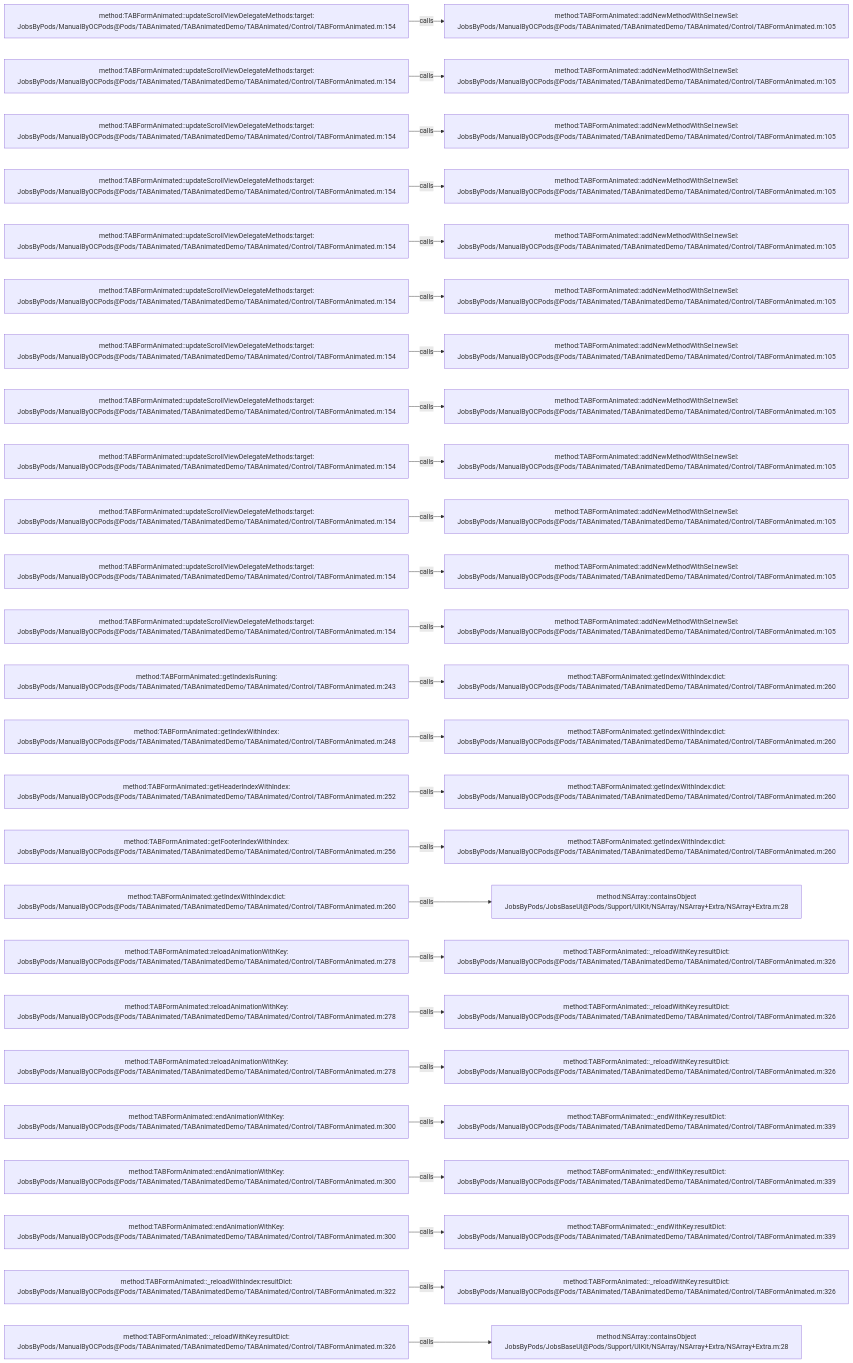
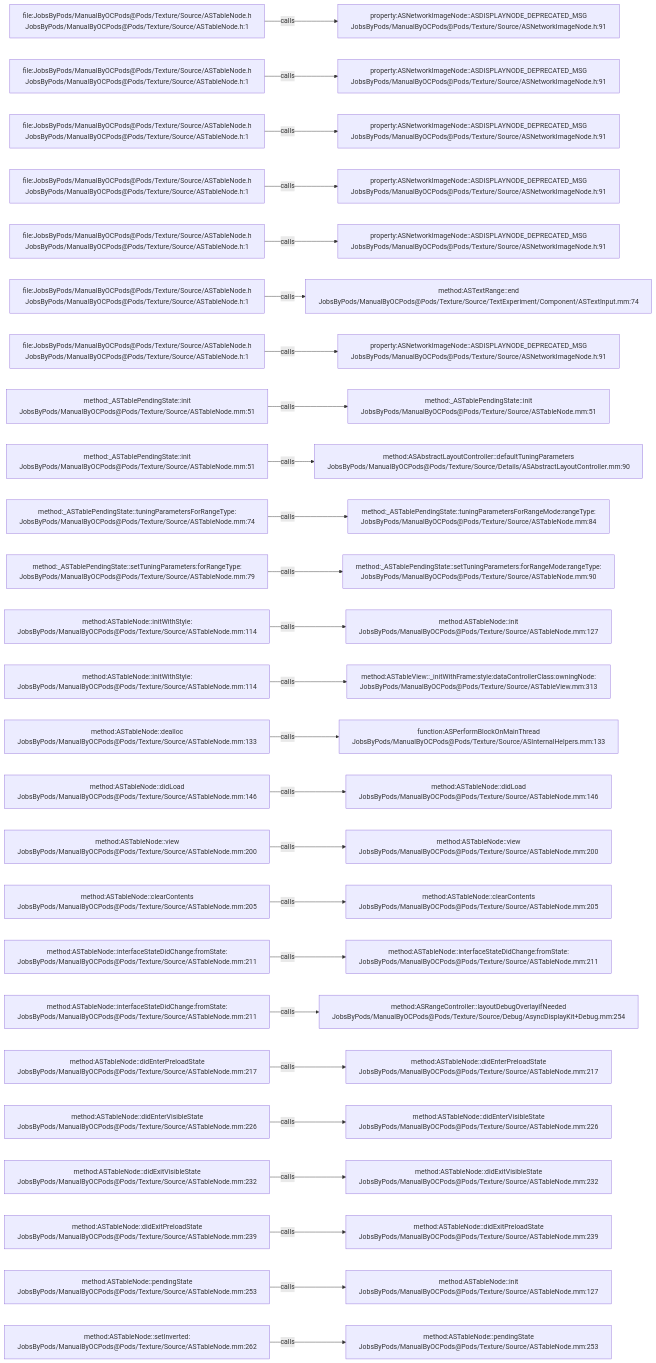
Before and after one commit to JobsKits/JobsOCBaseConfigDemo: the diagram in .codegraph/codegraph.md/graphs/calls-130.md, drawn with Mermaid. The commit also changed 2162 other files, not shown here.

````diff
--- a/.codegraph/codegraph.md/graphs/calls-130.md
+++ b/.codegraph/codegraph.md/graphs/calls-130.md
@@ -13,78 +13,78 @@
 ```mermaid
 flowchart LR
-  S1["method:TABFormAnimated::updateScrollViewDelegateMethods:target:<br/>JobsByPods/ManualByOCPods@Pods/TABAnimated/TABAnimatedDemo/TABAnimated/Control/TABFormAnimated.m:154"]
-  T1["method:TABFormAnimated::addNewMethodWithSel:newSel:<br/>JobsByPods/ManualByOCPods@Pods/TABAnimated/TABAnimatedDemo/TABAnimated/Control/TABFormAnimated.m:105"]
+  S1["file:JobsByPods/ManualByOCPods@Pods/Texture/Source/ASTableNode.h<br/>JobsByPods/ManualByOCPods@Pods/Texture/Source/ASTableNode.h:1"]
+  T1["property:ASNetworkImageNode::ASDISPLAYNODE_DEPRECATED_MSG<br/>JobsByPods/ManualByOCPods@Pods/Texture/Source/ASNetworkImageNode.h:91"]
   S1 -->|calls| T1
-  S2["method:TABFormAnimated::updateScrollViewDelegateMethods:target:<br/>JobsByPods/ManualByOCPods@Pods/TABAnimated/TABAnimatedDemo/TABAnimated/Control/TABFormAnimated.m:154"]
-  T2["method:TABFormAnimated::addNewMethodWithSel:newSel:<br/>JobsByPods/ManualByOCPods@Pods/TABAnimated/TABAnimatedDemo/TABAnimated/Control/TABFormAnimated.m:105"]
+  S2["file:JobsByPods/ManualByOCPods@Pods/Texture/Source/ASTableNode.h<br/>JobsByPods/ManualByOCPods@Pods/Texture/Source/ASTableNode.h:1"]
+  T2["property:ASNetworkImageNode::ASDISPLAYNODE_DEPRECATED_MSG<br/>JobsByPods/ManualByOCPods@Pods/Texture/Source/ASNetworkImageNode.h:91"]
   S2 -->|calls| T2
-  S3["method:TABFormAnimated::updateScrollViewDelegateMethods:target:<br/>JobsByPods/ManualByOCPods@Pods/TABAnimated/TABAnimatedDemo/TABAnimated/Control/TABFormAnimated.m:154"]
-  T3["method:TABFormAnimated::addNewMethodWithSel:newSel:<br/>JobsByPods/ManualByOCPods@Pods/TABAnimated/TABAnimatedDemo/TABAnimated/Control/TABFormAnimated.m:105"]
+  S3["file:JobsByPods/ManualByOCPods@Pods/Texture/Source/ASTableNode.h<br/>JobsByPods/ManualByOCPods@Pods/Texture/Source/ASTableNode.h:1"]
+  T3["property:ASNetworkImageNode::ASDISPLAYNODE_DEPRECATED_MSG<br/>JobsByPods/ManualByOCPods@Pods/Texture/Source/ASNetworkImageNode.h:91"]
   S3 -->|calls| T3
-  S4["method:TABFormAnimated::updateScrollViewDelegateMethods:target:<br/>JobsByPods/ManualByOCPods@Pods/TABAnimated/TABAnimatedDemo/TABAnimated/Control/TABFormAnimated.m:154"]
-  T4["method:TABFormAnimated::addNewMethodWithSel:newSel:<br/>JobsByPods/ManualByOCPods@Pods/TABAnimated/TABAnimatedDemo/TABAnimated/Control/TABFormAnimated.m:105"]
+  S4["file:JobsByPods/ManualByOCPods@Pods/Texture/Source/ASTableNode.h<br/>JobsByPods/ManualByOCPods@Pods/Texture/Source/ASTableNode.h:1"]
+  T4["property:ASNetworkImageNode::ASDISPLAYNODE_DEPRECATED_MSG<br/>JobsByPods/ManualByOCPods@Pods/Texture/Source/ASNetworkImageNode.h:91"]
   S4 -->|calls| T4
-  S5["method:TABFormAnimated::updateScrollViewDelegateMethods:target:<br/>JobsByPods/ManualByOCPods@Pods/TABAnimated/TABAnimatedDemo/TABAnimated/Control/TABFormAnimated.m:154"]
-  T5["method:TABFormAnimated::addNewMethodWithSel:newSel:<br/>JobsByPods/ManualByOCPods@Pods/TABAnimated/TABAnimatedDemo/TABAnimated/Control/TABFormAnimated.m:105"]
+  S5["file:JobsByPods/ManualByOCPods@Pods/Texture/Source/ASTableNode.h<br/>JobsByPods/ManualByOCPods@Pods/Texture/Source/ASTableNode.h:1"]
+  T5["property:ASNetworkImageNode::ASDISPLAYNODE_DEPRECATED_MSG<br/>JobsByPods/ManualByOCPods@Pods/Texture/Source/ASNetworkImageNode.h:91"]
   S5 -->|calls| T5
-  S6["method:TABFormAnimated::updateScrollViewDelegateMethods:target:<br/>JobsByPods/ManualByOCPods@Pods/TABAnimated/TABAnimatedDemo/TABAnimated/Control/TABFormAnimated.m:154"]
-  T6["method:TABFormAnimated::addNewMethodWithSel:newSel:<br/>JobsByPods/ManualByOCPods@Pods/TABAnimated/TABAnimatedDemo/TABAnimated/Control/TABFormAnimated.m:105"]
+  S6["file:JobsByPods/ManualByOCPods@Pods/Texture/Source/ASTableNode.h<br/>JobsByPods/ManualByOCPods@Pods/Texture/Source/ASTableNode.h:1"]
+  T6["method:ASTextRange::end<br/>JobsByPods/ManualByOCPods@Pods/Texture/Source/TextExperiment/Component/ASTextInput.mm:74"]
   S6 -->|calls| T6
-  S7["method:TABFormAnimated::updateScrollViewDelegateMethods:target:<br/>JobsByPods/ManualByOCPods@Pods/TABAnimated/TABAnimatedDemo/TABAnimated/Control/TABFormAnimated.m:154"]
-  T7["method:TABFormAnimated::addNewMethodWithSel:newSel:<br/>JobsByPods/ManualByOCPods@Pods/TABAnimated/TABAnimatedDemo/TABAnimated/Control/TABFormAnimated.m:105"]
+  S7["file:JobsByPods/ManualByOCPods@Pods/Texture/Source/ASTableNode.h<br/>JobsByPods/ManualByOCPods@Pods/Texture/Source/ASTableNode.h:1"]
+  T7["property:ASNetworkImageNode::ASDISPLAYNODE_DEPRECATED_MSG<br/>JobsByPods/ManualByOCPods@Pods/Texture/Source/ASNetworkImageNode.h:91"]
   S7 -->|calls| T7
-  S8["method:TABFormAnimated::updateScrollViewDelegateMethods:target:<br/>JobsByPods/ManualByOCPods@Pods/TABAnimated/TABAnimatedDemo/TABAnimated/Control/TABFormAnimated.m:154"]
-  T8["method:TABFormAnimated::addNewMethodWithSel:newSel:<br/>JobsByPods/ManualByOCPods@Pods/TABAnimated/TABAnimatedDemo/TABAnimated/Control/TABFormAnimated.m:105"]
+  S8["method:_ASTablePendingState::init<br/>JobsByPods/ManualByOCPods@Pods/Texture/Source/ASTableNode.mm:51"]
+  T8["method:_ASTablePendingState::init<br/>JobsByPods/ManualByOCPods@Pods/Texture/Source/ASTableNode.mm:51"]
   S8 -->|calls| T8
-  S9["method:TABFormAnimated::updateScrollViewDelegateMethods:target:<br/>JobsByPods/ManualByOCPods@Pods/TABAnimated/TABAnimatedDemo/TABAnimated/Control/TABFormAnimated.m:154"]
-  T9["method:TABFormAnimated::addNewMethodWithSel:newSel:<br/>JobsByPods/ManualByOCPods@Pods/TABAnimated/TABAnimatedDemo/TABAnimated/Control/TABFormAnimated.m:105"]
+  S9["method:_ASTablePendingState::init<br/>JobsByPods/ManualByOCPods@Pods/Texture/Source/ASTableNode.mm:51"]
+  T9["method:ASAbstractLayoutController::defaultTuningParameters<br/>JobsByPods/ManualByOCPods@Pods/Texture/Source/Details/ASAbstractLayoutController.mm:90"]
   S9 -->|calls| T9
-  S10["method:TABFormAnimated::updateScrollViewDelegateMethods:target:<br/>JobsByPods/ManualByOCPods@Pods/TABAnimated/TABAnimatedDemo/TABAnimated/Control/TABFormAnimated.m:154"]
-  T10["method:TABFormAnimated::addNewMethodWithSel:newSel:<br/>JobsByPods/ManualByOCPods@Pods/TABAnimated/TABAnimatedDemo/TABAnimated/Control/TABFormAnimated.m:105"]
+  S10["method:_ASTablePendingState::tuningParametersForRangeType:<br/>JobsByPods/ManualByOCPods@Pods/Texture/Source/ASTableNode.mm:74"]
+  T10["method:_ASTablePendingState::tuningParametersForRangeMode:rangeType:<br/>JobsByPods/ManualByOCPods@Pods/Texture/Source/ASTableNode.mm:84"]
   S10 -->|calls| T10
-  S11["method:TABFormAnimated::updateScrollViewDelegateMethods:target:<br/>JobsByPods/ManualByOCPods@Pods/TABAnimated/TABAnimatedDemo/TABAnimated/Control/TABFormAnimated.m:154"]
-  T11["method:TABFormAnimated::addNewMethodWithSel:newSel:<br/>JobsByPods/ManualByOCPods@Pods/TABAnimated/TABAnimatedDemo/TABAnimated/Control/TABFormAnimated.m:105"]
+  S11["method:_ASTablePendingState::setTuningParameters:forRangeType:<br/>JobsByPods/ManualByOCPods@Pods/Texture/Source/ASTableNode.mm:79"]
+  T11["method:_ASTablePendingState::setTuningParameters:forRangeMode:rangeType:<br/>JobsByPods/ManualByOCPods@Pods/Texture/Source/ASTableNode.mm:90"]
   S11 -->|calls| T11
-  S12["method:TABFormAnimated::updateScrollViewDelegateMethods:target:<br/>JobsByPods/ManualByOCPods@Pods/TABAnimated/TABAnimatedDemo/TABAnimated/Control/TABFormAnimated.m:154"]
-  T12["method:TABFormAnimated::addNewMethodWithSel:newSel:<br/>JobsByPods/ManualByOCPods@Pods/TABAnimated/TABAnimatedDemo/TABAnimated/Control/TABFormAnimated.m:105"]
+  S12["method:ASTableNode::initWithStyle:<br/>JobsByPods/ManualByOCPods@Pods/Texture/Source/ASTableNode.mm:114"]
+  T12["method:ASTableNode::init<br/>JobsByPods/ManualByOCPods@Pods/Texture/Source/ASTableNode.mm:127"]
   S12 -->|calls| T12
-  S13["method:TABFormAnimated::getIndexIsRuning:<br/>JobsByPods/ManualByOCPods@Pods/TABAnimated/TABAnimatedDemo/TABAnimated/Control/TABFormAnimated.m:243"]
-  T13["method:TABFormAnimated::getIndexWithIndex:dict:<br/>JobsByPods/ManualByOCPods@Pods/TABAnimated/TABAnimatedDemo/TABAnimated/Control/TABFormAnimated.m:260"]
+  S13["method:ASTableNode::initWithStyle:<br/>JobsByPods/ManualByOCPods@Pods/Texture/Source/ASTableNode.mm:114"]
+  T13["method:ASTableView::_initWithFrame:style:dataControllerClass:owningNode:<br/>JobsByPods/ManualByOCPods@Pods/Texture/Source/ASTableView.mm:313"]
   S13 -->|calls| T13
-  S14["method:TABFormAnimated::getIndexWithIndex:<br/>JobsByPods/ManualByOCPods@Pods/TABAnimated/TABAnimatedDemo/TABAnimated/Control/TABFormAnimated.m:248"]
-  T14["method:TABFormAnimated::getIndexWithIndex:dict:<br/>JobsByPods/ManualByOCPods@Pods/TABAnimated/TABAnimatedDemo/TABAnimated/Control/TABFormAnimated.m:260"]
+  S14["method:ASTableNode::dealloc<br/>JobsByPods/ManualByOCPods@Pods/Texture/Source/ASTableNode.mm:133"]
+  T14["function:ASPerformBlockOnMainThread<br/>JobsByPods/ManualByOCPods@Pods/Texture/Source/ASInternalHelpers.mm:133"]
   S14 -->|calls| T14
-  S15["method:TABFormAnimated::getHeaderIndexWithIndex:<br/>JobsByPods/ManualByOCPods@Pods/TABAnimated/TABAnimatedDemo/TABAnimated/Control/TABFormAnimated.m:252"]
-  T15["method:TABFormAnimated::getIndexWithIndex:dict:<br/>JobsByPods/ManualByOCPods@Pods/TABAnimated/TABAnimatedDemo/TABAnimated/Control/TABFormAnimated.m:260"]
+  S15["method:ASTableNode::didLoad<br/>JobsByPods/ManualByOCPods@Pods/Texture/Source/ASTableNode.mm:146"]
+  T15["method:ASTableNode::didLoad<br/>JobsByPods/ManualByOCPods@Pods/Texture/Source/ASTableNode.mm:146"]
   S15 -->|calls| T15
-  S16["method:TABFormAnimated::getFooterIndexWithIndex:<br/>JobsByPods/ManualByOCPods@Pods/TABAnimated/TABAnimatedDemo/TABAnimated/Control/TABFormAnimated.m:256"]
-  T16["method:TABFormAnimated::getIndexWithIndex:dict:<br/>JobsByPods/ManualByOCPods@Pods/TABAnimated/TABAnimatedDemo/TABAnimated/Control/TABFormAnimated.m:260"]
+  S16["method:ASTableNode::view<br/>JobsByPods/ManualByOCPods@Pods/Texture/Source/ASTableNode.mm:200"]
+  T16["method:ASTableNode::view<br/>JobsByPods/ManualByOCPods@Pods/Texture/Source/ASTableNode.mm:200"]
   S16 -->|calls| T16
-  S17["method:TABFormAnimated::getIndexWithIndex:dict:<br/>JobsByPods/ManualByOCPods@Pods/TABAnimated/TABAnimatedDemo/TABAnimated/Control/TABFormAnimated.m:260"]
-  T17["method:NSArray::containsObject<br/>JobsByPods/JobsBaseUI@Pods/Support/UIKit/NSArray/NSArray+Extra/NSArray+Extra.m:28"]
+  S17["method:ASTableNode::clearContents<br/>JobsByPods/ManualByOCPods@Pods/Texture/Source/ASTableNode.mm:205"]
+  T17["method:ASTableNode::clearContents<br/>JobsByPods/ManualByOCPods@Pods/Texture/Source/ASTableNode.mm:205"]
   S17 -->|calls| T17
-  S18["method:TABFormAnimated::reloadAnimationWithKey:<br/>JobsByPods/ManualByOCPods@Pods/TABAnimated/TABAnimatedDemo/TABAnimated/Control/TABFormAnimated.m:278"]
-  T18["method:TABFormAnimated::_reloadWithKey:resultDict:<br/>JobsByPods/ManualByOCPods@Pods/TABAnimated/TABAnimatedDemo/TABAnimated/Control/TABFormAnimated.m:326"]
+  S18["method:ASTableNode::interfaceStateDidChange:fromState:<br/>JobsByPods/ManualByOCPods@Pods/Texture/Source/ASTableNode.mm:211"]
+  T18["method:ASTableNode::interfaceStateDidChange:fromState:<br/>JobsByPods/ManualByOCPods@Pods/Texture/Source/ASTableNode.mm:211"]
   S18 -->|calls| T18
-  S19["method:TABFormAnimated::reloadAnimationWithKey:<br/>JobsByPods/ManualByOCPods@Pods/TABAnimated/TABAnimatedDemo/TABAnimated/Control/TABFormAnimated.m:278"]
-  T19["method:TABFormAnimated::_reloadWithKey:resultDict:<br/>JobsByPods/ManualByOCPods@Pods/TABAnimated/TABAnimatedDemo/TABAnimated/Control/TABFormAnimated.m:326"]
+  S19["method:ASTableNode::interfaceStateDidChange:fromState:<br/>JobsByPods/ManualByOCPods@Pods/Texture/Source/ASTableNode.mm:211"]
+  T19["method:ASRangeController::layoutDebugOverlayIfNeeded<br/>JobsByPods/ManualByOCPods@Pods/Texture/Source/Debug/AsyncDisplayKit+Debug.mm:254"]
   S19 -->|calls| T19
-  S20["method:TABFormAnimated::reloadAnimationWithKey:<br/>JobsByPods/ManualByOCPods@Pods/TABAnimated/TABAnimatedDemo/TABAnimated/Control/TABFormAnimated.m:278"]
-  T20["method:TABFormAnimated::_reloadWithKey:resultDict:<br/>JobsByPods/ManualByOCPods@Pods/TABAnimated/TABAnimatedDemo/TABAnimated/Control/TABFormAnimated.m:326"]
+  S20["method:ASTableNode::didEnterPreloadState<br/>JobsByPods/ManualByOCPods@Pods/Texture/Source/ASTableNode.mm:217"]
+  T20["method:ASTableNode::didEnterPreloadState<br/>JobsByPods/ManualByOCPods@Pods/Texture/Source/ASTableNode.mm:217"]
   S20 -->|calls| T20
-  S21["method:TABFormAnimated::endAnimationWithKey:<br/>JobsByPods/ManualByOCPods@Pods/TABAnimated/TABAnimatedDemo/TABAnimated/Control/TABFormAnimated.m:300"]
-  T21["method:TABFormAnimated::_endWithKey:resultDict:<br/>JobsByPods/ManualByOCPods@Pods/TABAnimated/TABAnimatedDemo/TABAnimated/Control/TABFormAnimated.m:339"]
+  S21["method:ASTableNode::didEnterVisibleState<br/>JobsByPods/ManualByOCPods@Pods/Texture/Source/ASTableNode.mm:226"]
+  T21["method:ASTableNode::didEnterVisibleState<br/>JobsByPods/ManualByOCPods@Pods/Texture/Source/ASTableNode.mm:226"]
   S21 -->|calls| T21
-  S22["method:TABFormAnimated::endAnimationWithKey:<br/>JobsByPods/ManualByOCPods@Pods/TABAnimated/TABAnimatedDemo/TABAnimated/Control/TABFormAnimated.m:300"]
-  T22["method:TABFormAnimated::_endWithKey:resultDict:<br/>JobsByPods/ManualByOCPods@Pods/TABAnimated/TABAnimatedDemo/TABAnimated/Control/TABFormAnimated.m:339"]
+  S22["method:ASTableNode::didExitVisibleState<br/>JobsByPods/ManualByOCPods@Pods/Texture/Source/ASTableNode.mm:232"]
+  T22["method:ASTableNode::didExitVisibleState<br/>JobsByPods/ManualByOCPods@Pods/Texture/Source/ASTableNode.mm:232"]
   S22 -->|calls| T22
-  S23["method:TABFormAnimated::endAnimationWithKey:<br/>JobsByPods/ManualByOCPods@Pods/TABAnimated/TABAnimatedDemo/TABAnimated/Control/TABFormAnimated.m:300"]
-  T23["method:TABFormAnimated::_endWithKey:resultDict:<br/>JobsByPods/ManualByOCPods@Pods/TABAnimated/TABAnimatedDemo/TABAnimated/Control/TABFormAnimated.m:339"]
+  S23["method:ASTableNode::didExitPreloadState<br/>JobsByPods/ManualByOCPods@Pods/Texture/Source/ASTableNode.mm:239"]
+  T23["method:ASTableNode::didExitPreloadState<br/>JobsByPods/ManualByOCPods@Pods/Texture/Source/ASTableNode.mm:239"]
   S23 -->|calls| T23
-  S24["method:TABFormAnimated::_reloadWithIndex:resultDict:<br/>JobsByPods/ManualByOCPods@Pods/TABAnimated/TABAnimatedDemo/TABAnimated/Control/TABFormAnimated.m:322"]
-  T24["method:TABFormAnimated::_reloadWithKey:resultDict:<br/>JobsByPods/ManualByOCPods@Pods/TABAnimated/TABAnimatedDemo/TABAnimated/Control/TABFormAnimated.m:326"]
+  S24["method:ASTableNode::pendingState<br/>JobsByPods/ManualByOCPods@Pods/Texture/Source/ASTableNode.mm:253"]
+  T24["method:ASTableNode::init<br/>JobsByPods/ManualByOCPods@Pods/Texture/Source/ASTableNode.mm:127"]
   S24 -->|calls| T24
-  S25["method:TABFormAnimated::_reloadWithKey:resultDict:<br/>JobsByPods/ManualByOCPods@Pods/TABAnimated/TABAnimatedDemo/TABAnimated/Control/TABFormAnimated.m:326"]
-  T25["method:NSArray::containsObject<br/>JobsByPods/JobsBaseUI@Pods/Support/UIKit/NSArray/NSArray+Extra/NSArray+Extra.m:28"]
+  S25["method:ASTableNode::setInverted:<br/>JobsByPods/ManualByOCPods@Pods/Texture/Source/ASTableNode.mm:262"]
+  T25["method:ASTableNode::pendingState<br/>JobsByPods/ManualByOCPods@Pods/Texture/Source/ASTableNode.mm:253"]
   S25 -->|calls| T25
 ```
````
